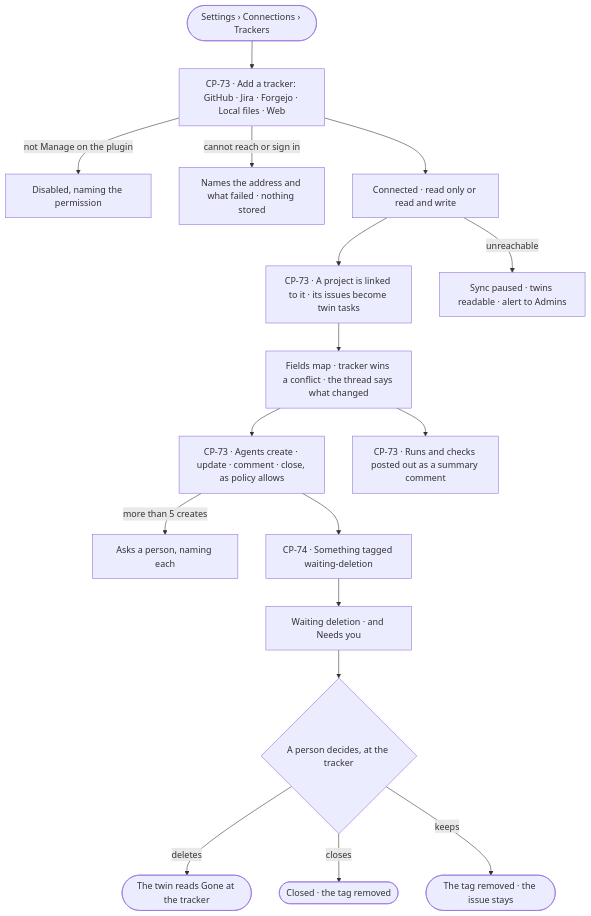
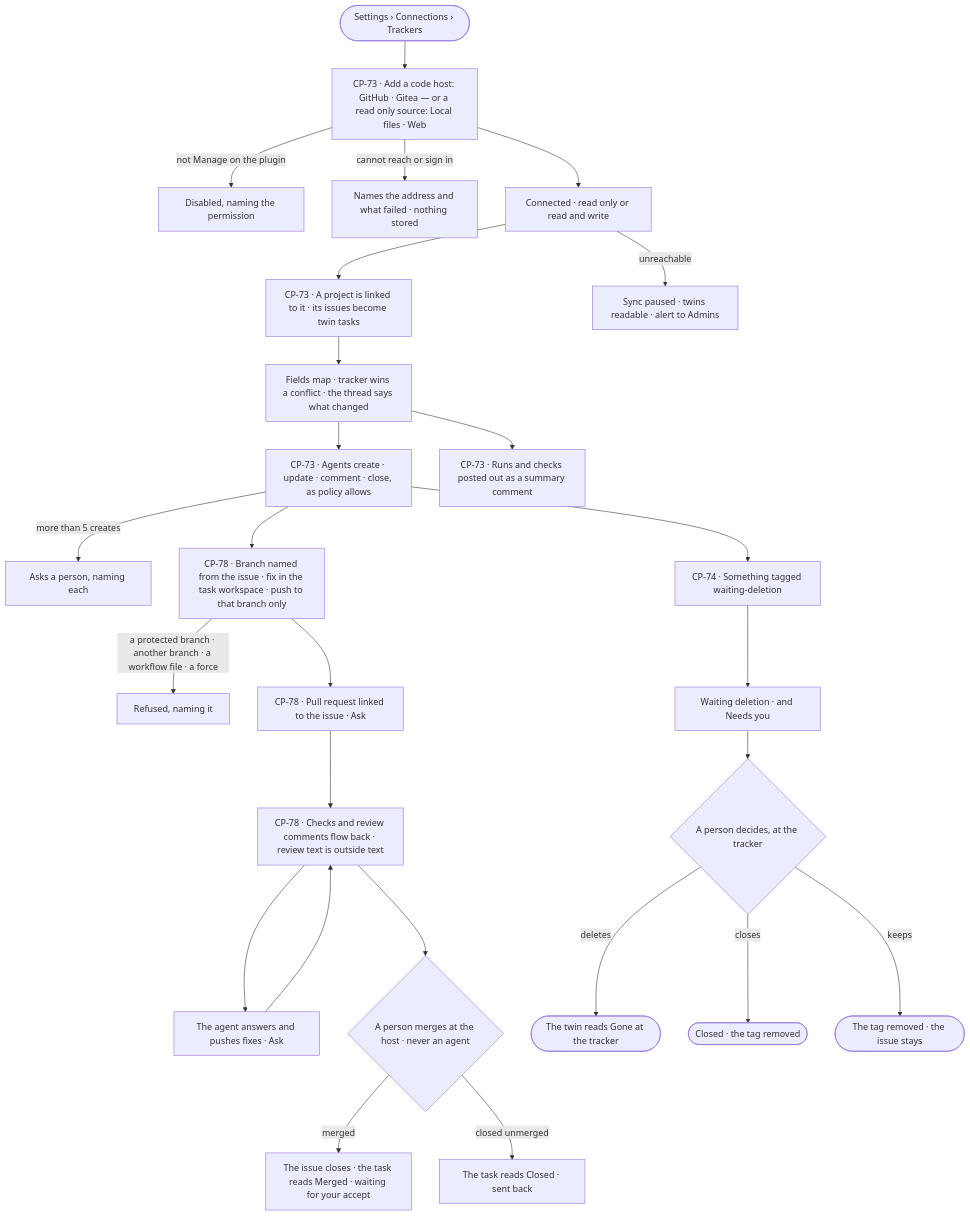
The diagram in specs/os/control/features/CP-F12-issue-trackers/feature.md (invana/invana), drawn with Mermaid before and after one commit. The commit also changed other lines of this file and 24 other files, not shown here.

````diff
--- a/specs/os/control/features/CP-F12-issue-trackers/feature.md
+++ b/specs/os/control/features/CP-F12-issue-trackers/feature.md
@@ -26,19 +26,27 @@
 ```mermaid
 flowchart TD
-  s([Settings › Connections › Trackers]) --> ad["CP-73 · Add a tracker: GitHub · Jira · Forgejo · Local files · Web"]
+  s([Settings › Connections › Trackers]) --> ad["CP-73 · Add a code host: GitHub · Gitea — or a read only source: Local files · Web"]
   ad -->|not Manage on the plugin| na["Disabled, naming the permission"]
   ad -->|cannot reach or sign in| af["Names the address and what failed · nothing stored"]
   ad --> ok["Connected · read only or read and write"]
   ok --> lk["CP-73 · A project is linked to it · its issues become twin tasks"]
   lk --> sy["Fields map · tracker wins a conflict · the thread says what changed"]
   sy --> ag["CP-73 · Agents create · update · comment · close, as policy allows"]
   ag -->|more than 5 creates| ask["Asks a person, naming each"]
   sy --> out["CP-73 · Runs and checks posted out as a summary comment"]
+  ag --> br["CP-78 · Branch named from the issue · fix in the task workspace · push to that branch only"]
+  br -->|a protected branch · another branch · a workflow file · a force| pr0["Refused, naming it"]
+  br --> pr["CP-78 · Pull request linked to the issue · Ask"]
+  pr --> rv["CP-78 · Checks and review comments flow back · review text is outside text"]
+  rv --> an["The agent answers and pushes fixes · Ask"] --> rv
+  rv --> mg{"A person merges at the host · never an agent"}
+  mg -->|merged| mgd["The issue closes · the task reads Merged · waiting for your accept"]
+  mg -->|closed unmerged| mgc["The task reads Closed · sent back"]
   ag --> wd["CP-74 · Something tagged waiting-deletion"]
   wd --> q["Waiting deletion · and Needs you"]
   q --> d{"A person decides, at the tracker"}
   d -->|deletes| gone(["The twin reads Gone at the tracker"])
   d -->|closes| cl(["Closed · the tag removed"])
   d -->|keeps| kp(["The tag removed · the issue stays"])
   ok -->|unreachable| dn["Sync paused · twins readable · alert to Admins"]
 ```
````
